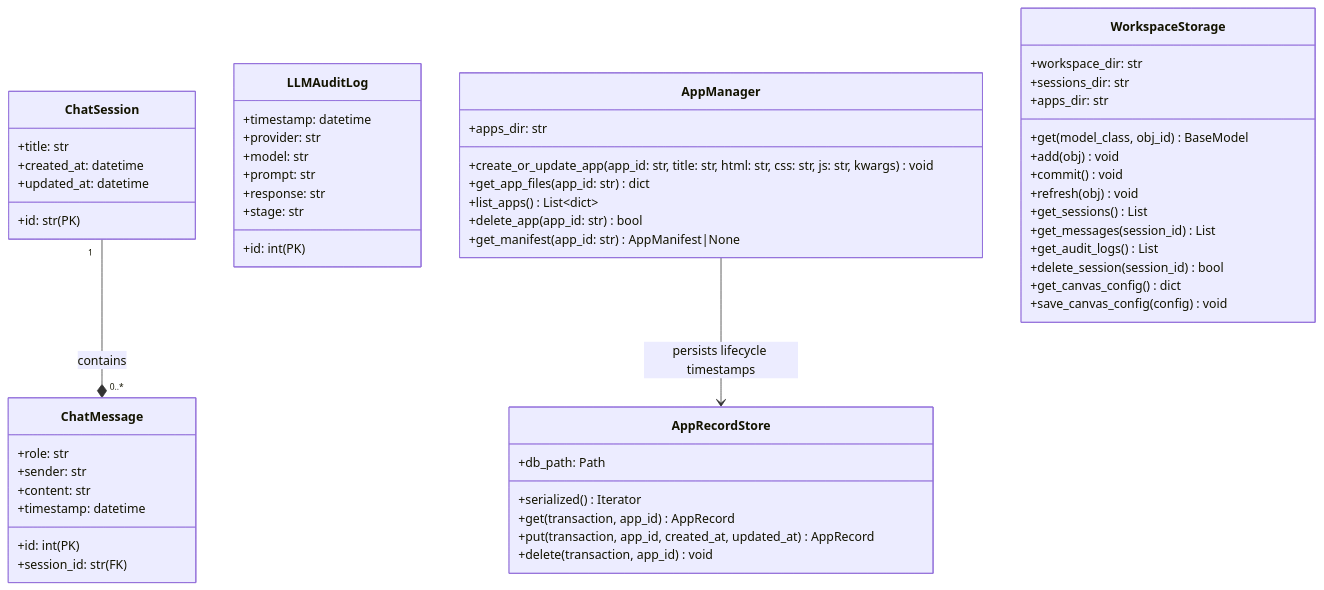
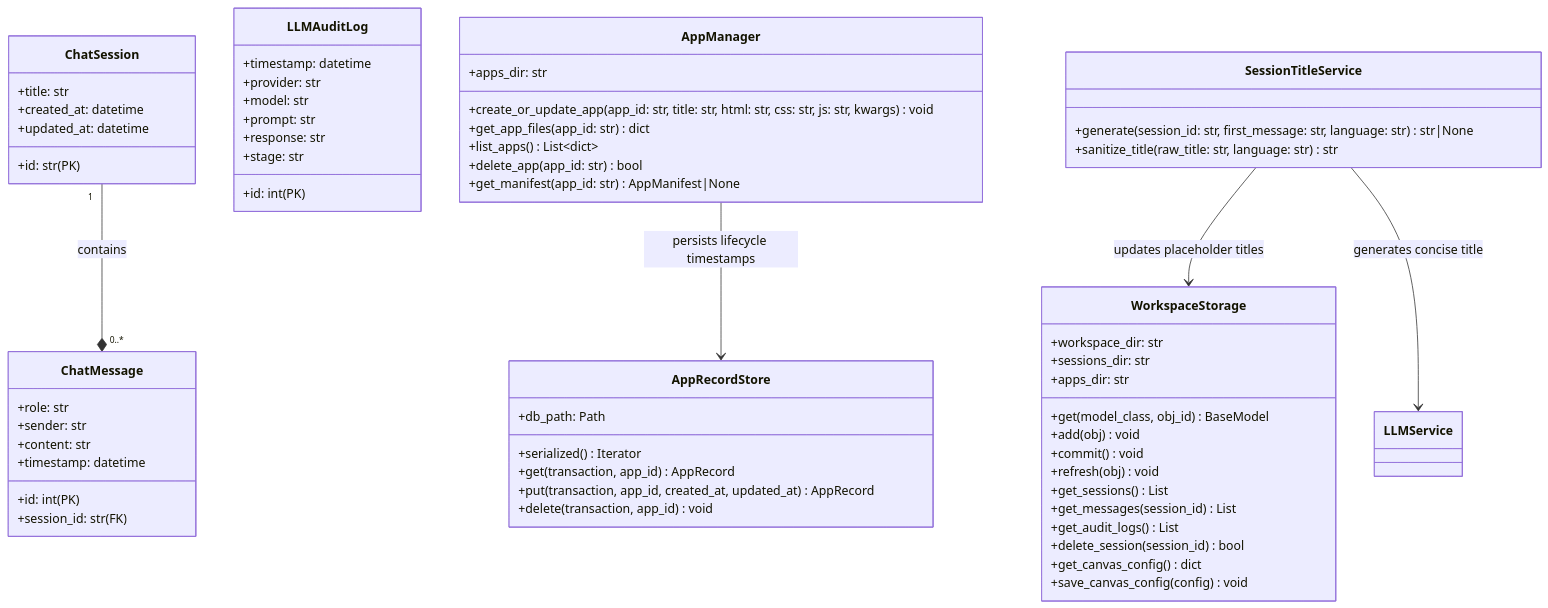
Before and after one commit to BillShiyaoZhang/ambient-agent: the second of 6 diagrams in docs/architecture/uml.md, drawn with Mermaid. The commit also changed 25 other files, not shown here.

First line of the commit message:
Add app-first workspace and session title service

````diff
--- a/docs/architecture/uml.md
+++ b/docs/architecture/uml.md
@@ -29,64 +29,71 @@
 ```mermaid
 classDiagram
     class ChatSession {
         +id: str (PK)
         +title: str
         +created_at: datetime
         +updated_at: datetime
     }
 
     class ChatMessage {
         +id: int (PK)
         +session_id: str (FK)
         +role: str
         +sender: str
         +content: str
         +timestamp: datetime
     }
 
     class LLMAuditLog {
         +id: int (PK)
         +timestamp: datetime
         +provider: str
         +model: str
         +prompt: str
         +response: str
         +stage: str
     }
 
     class AppManager {
         +apps_dir: str
         +create_or_update_app(app_id: str, title: str, html: str, css: str, js: str, kwargs) void
         +get_app_files(app_id: str) dict
         +list_apps() List~dict~
         +delete_app(app_id: str) bool
         +get_manifest(app_id: str) AppManifest|None
     }
 
     class AppRecordStore {
         +db_path: Path
         +serialized() Iterator
         +get(transaction, app_id) AppRecord
         +put(transaction, app_id, created_at, updated_at) AppRecord
         +delete(transaction, app_id) void
     }
 
     class WorkspaceStorage {
         +workspace_dir: str
         +sessions_dir: str
         +apps_dir: str
         +get(model_class, obj_id) BaseModel
         +add(obj) void
         +commit() void
         +refresh(obj) void
         +get_sessions() List
         +get_messages(session_id) List
         +get_audit_logs() List
         +delete_session(session_id) bool
         +get_canvas_config() dict
         +save_canvas_config(config) void
     }
 
+    class SessionTitleService {
+        +generate(session_id: str, first_message: str, language: str) str|None
+        +sanitize_title(raw_title: str, language: str) str
+    }
+
     ChatSession "1" --* "0..*" ChatMessage : contains
     AppManager --> AppRecordStore : persists lifecycle timestamps
+    SessionTitleService --> WorkspaceStorage : updates placeholder titles
+    SessionTitleService --> LLMService : generates concise title
 ```
````
